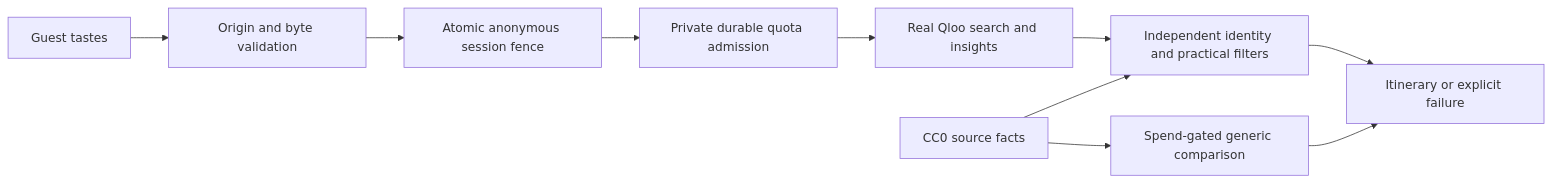
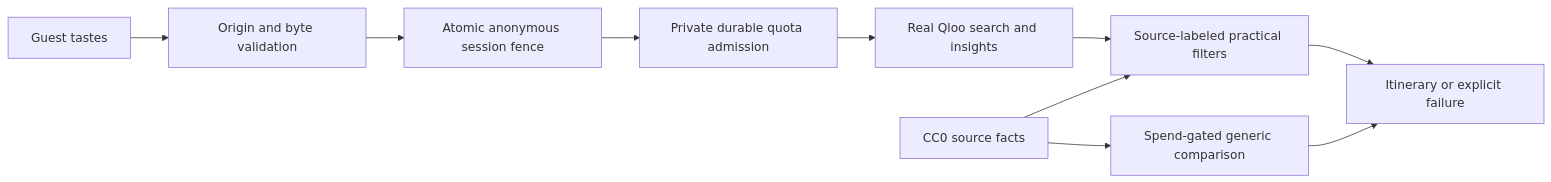
Before and after one commit to nikolas-sapa/taste-concierge: the diagram in README.md, drawn with Mermaid. The commit also changed other lines of this file and 33 other files, not shown here.

Commit message:
Use source-labeled Qloo practical facts for unbound venues

````diff
--- a/README.md
+++ b/README.md
@@ -51,12 +53,12 @@
 ```mermaid
 flowchart LR
   Guest[Guest tastes] --> Routes[Origin and byte validation]
   Routes --> Sessions[Atomic anonymous session fence]
   Sessions --> Admission[Private durable quota admission]
   Admission --> Qloo[Real Qloo search and insights]
-  Qloo --> Filter[Independent identity and practical filters]
+  Qloo --> Filter[Source-labeled practical filters]
   Facts[CC0 source facts] --> Filter
   Filter --> Result[Itinerary or explicit failure]
   Facts --> Model[Spend-gated generic comparison]
   Model --> Result
 ```
````
